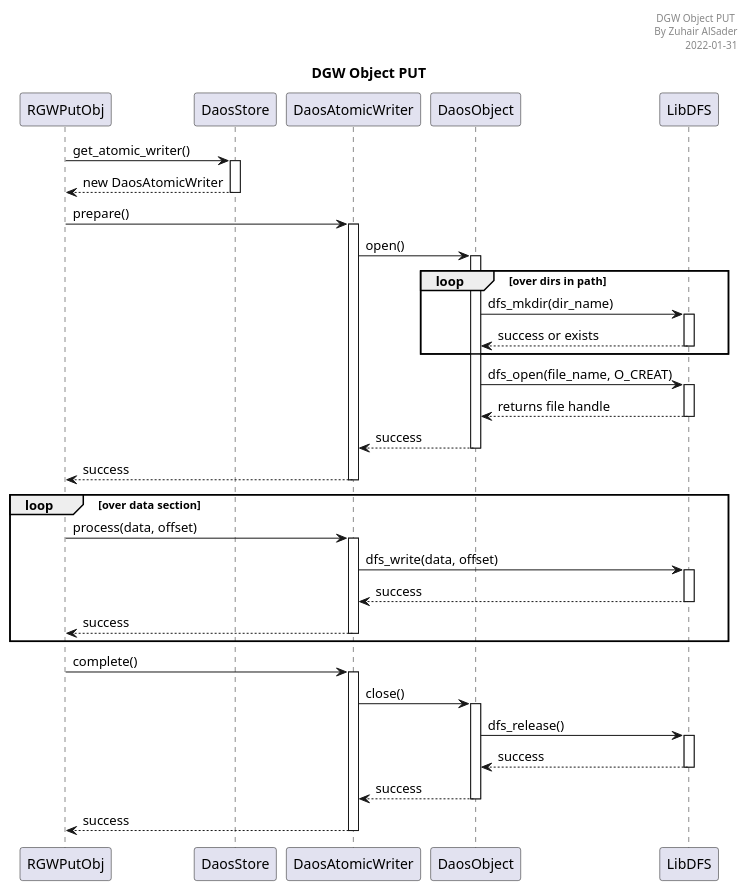
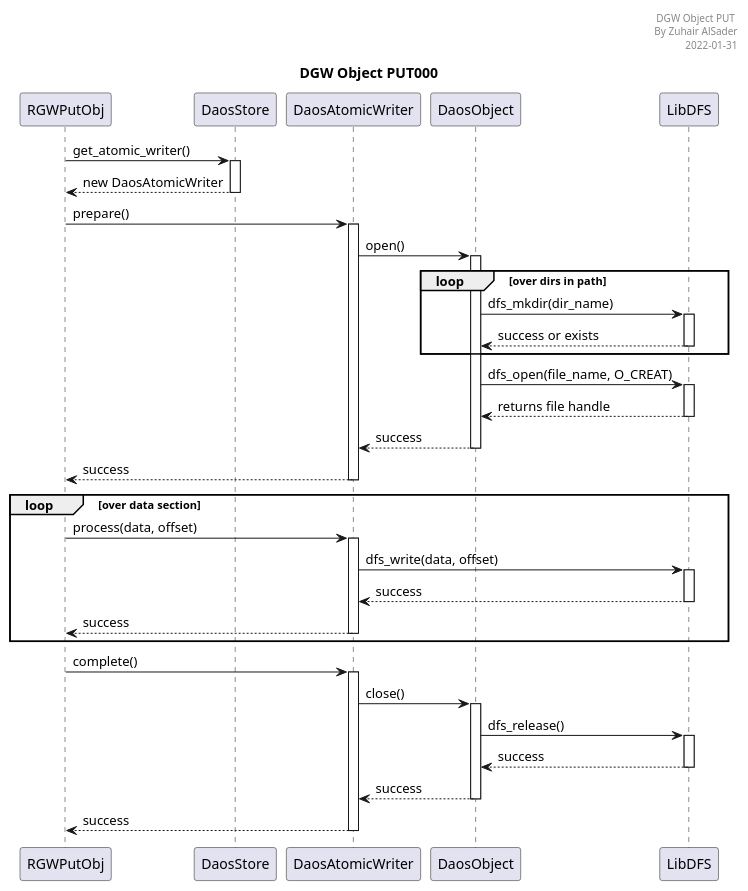
One commit to zalsader/DGW-ops changed the diagram in DGW_Object_PUT.plantuml. Above: the diagram before and after it, drawn with PlantUML. The commit also changed 1 other file, not shown here.

```diff
--- a/DGW_Object_PUT.plantuml
+++ b/DGW_Object_PUT.plantuml
@@ -1,46 +1,46 @@
 @startuml
 
 header DGW Object PUT \n By Zuhair AlSader\n2022-01-31
-title DGW Object PUT
+title DGW Object PUT000
 
 participant "RGWPutObj" as rgw
 participant "DaosStore" as store
 participant "DaosAtomicWriter" as writer
 participant "DaosObject" as object
 participant "LibDFS" as libdfs
 
 autoactivate on
 
 rgw -> store: get_atomic_writer()
 store --> rgw: new DaosAtomicWriter
 
 
 rgw -> writer: prepare()
 writer -> object: open()
 
 loop over dirs in path
   object -> libdfs: dfs_mkdir(dir_name)
   libdfs --> object: success or exists
 end
 
 object -> libdfs: dfs_open(file_name, O_CREAT)
 libdfs --> object: returns file handle
 
 object --> writer: success
 writer --> rgw: success
 
 loop over data section
   rgw -> writer: process(data, offset)
   writer-> libdfs: dfs_write(data, offset)
   libdfs --> writer: success
   writer --> rgw: success
 end
 
 rgw -> writer: complete()
 writer -> object: close()
 object -> libdfs: dfs_release()
 libdfs --> object: success
 object --> writer: success
 writer --> rgw: success
 
 @enduml
```
